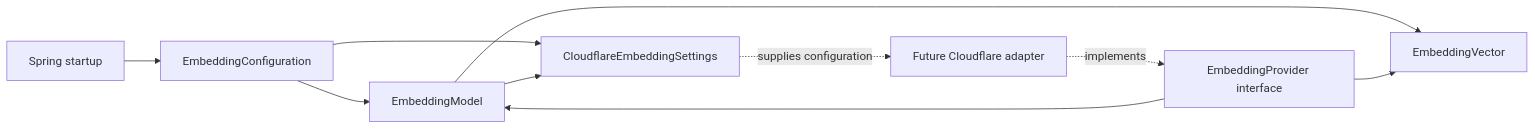
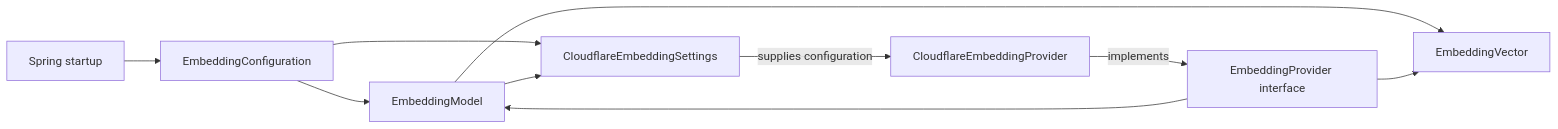
One commit to FarukValjevac/SecondBrain changed the second of 6 diagrams in .learnigns/embedding-contract-guide.md. Above: the diagram before and after it, drawn with Mermaid. The commit also changed other lines of this file and 10 other files, not shown here.

````diff
--- a/.learnigns/embedding-contract-guide.md
+++ b/.learnigns/embedding-contract-guide.md
@@ -99,12 +80,12 @@
 ```mermaid
 flowchart LR
     Spring[Spring startup] --> Config[EmbeddingConfiguration]
     Config --> Model[EmbeddingModel]
     Config --> Settings[CloudflareEmbeddingSettings]
     Model --> Settings
     Model --> Vector[EmbeddingVector]
     Provider[EmbeddingProvider interface] --> Model
     Provider --> Vector
-    Future[Future Cloudflare adapter] -. implements .-> Provider
-    Settings -. supplies configuration .-> Future
+    Adapter[CloudflareEmbeddingProvider] -->|implements| Provider
+    Settings -->|supplies configuration| Adapter
 ```
````
